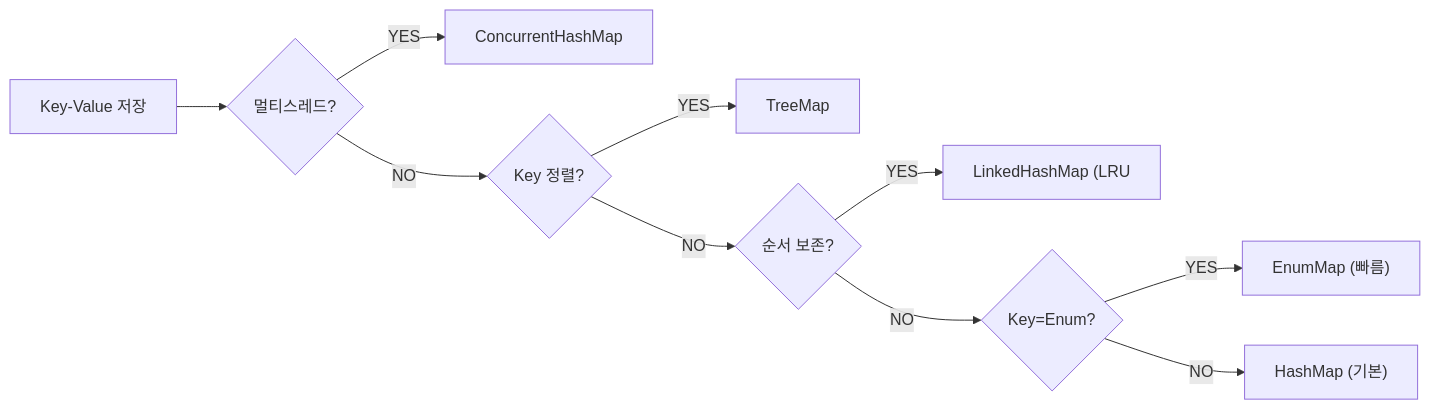
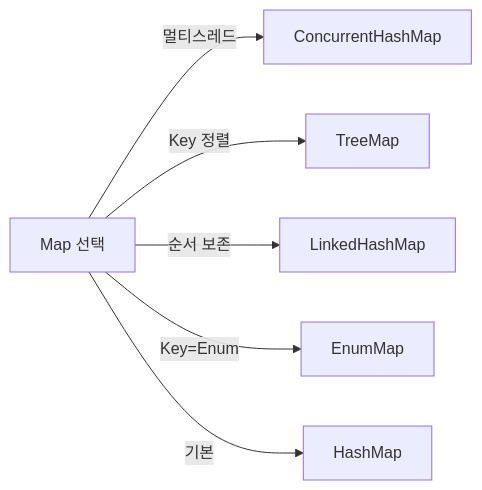
Before and after one commit to yjkim2015/yjkim2015.github.io: diagram 21 of 21 in _posts/java/2026-05-01-java-collections.md, drawn with Mermaid. The commit also changed other lines of this file and 163 other files, not shown here.

First line of the commit message:
Mermaid 300개 블록 내용 축소: 5노드 5엣지 이하, 의미 있는 약어

````diff
--- a/_posts/java/2026-05-01-java-collections.md
+++ b/_posts/java/2026-05-01-java-collections.md
@@ -967,12 +964,8 @@
 ```mermaid
 graph LR
-    M0["Key-Value 저장"] --> M1{"멀티스레드?"}
-    M1 -->|YES| M2["ConcurrentHashMap"]
-    M1 -->|NO| M3{"Key 정렬?"}
-    M3 -->|YES| M4["TreeMap"]
-    M3 -->|NO| M5{"순서 보존?"}
-    M5 -->|YES| M6["LinkedHashMap (LRU"]
-    M5 -->|NO| M7{"Key=Enum?"}
-    M7 -->|YES| M8["EnumMap (빠름)"]
-    M7 -->|NO| M9["HashMap (기본)"]
+    A["Map 선택"] -->|"멀티스레드"| B["ConcurrentHashMap"]
+    A -->|"Key 정렬"| C["TreeMap"]
+    A -->|"순서 보존"| D["LinkedHashMap"]
+    A -->|"Key=Enum"| E["EnumMap"]
+    A -->|"기본"| F["HashMap"]
 ```
````
